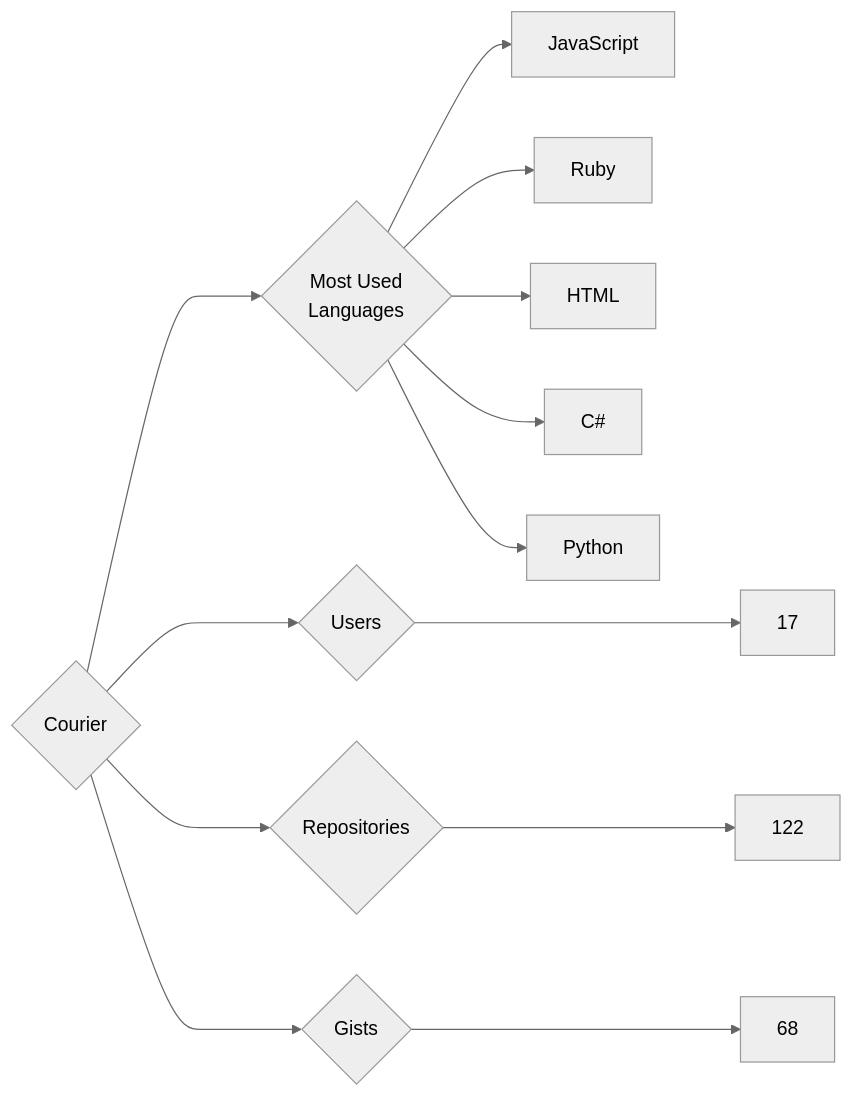
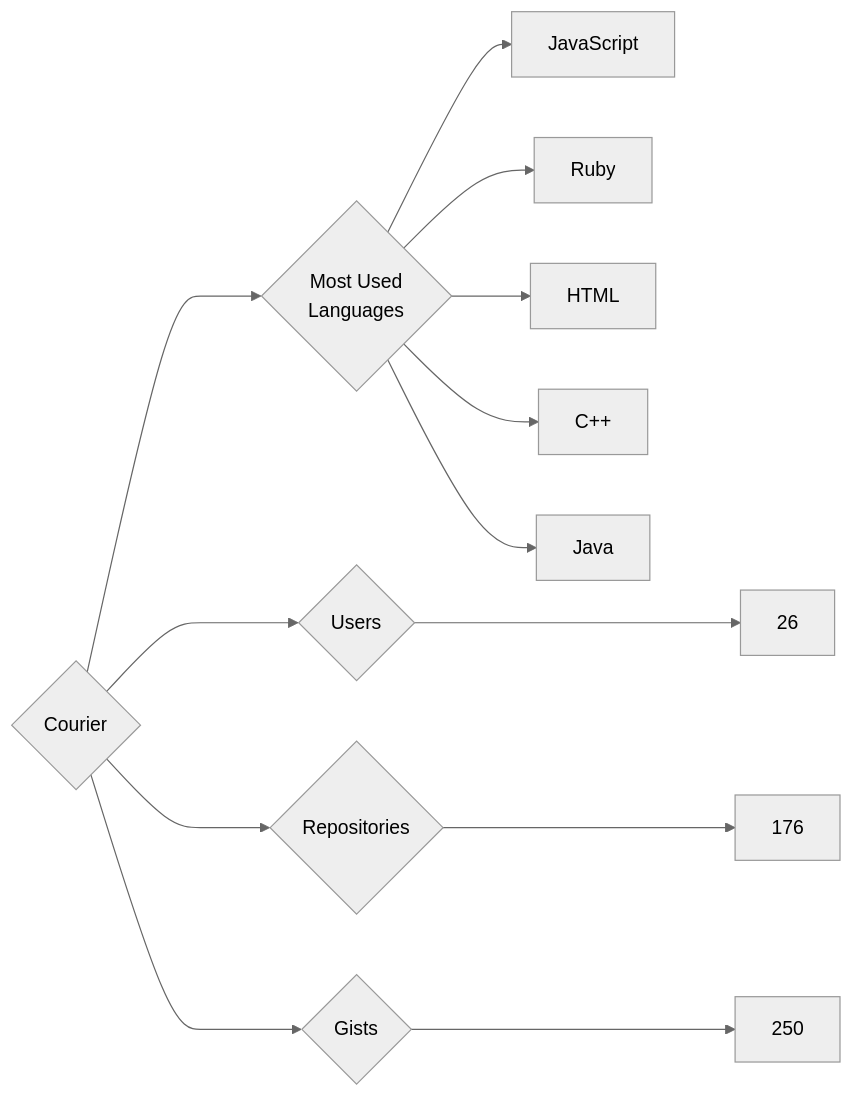
Before and after one commit to trickest/insiders: the diagram in targets/Courier/README.md, drawn with Mermaid (neutral theme). The commit also changed 934 other files, not shown here.

````diff
--- a/targets/Courier/README.md
+++ b/targets/Courier/README.md
@@ -3,13 +3,13 @@
 ```mermaid
 graph LR
 COMPANY_NAME{Courier}
-COMPANY_NAME ---> U{Users} ---> UN[17]
-COMPANY_NAME ---> R{Repositories} ---> RN[122]
-COMPANY_NAME ---> G{Gists} ---> GN[68]
+COMPANY_NAME ---> U{Users} ---> UN[26]
+COMPANY_NAME ---> R{Repositories} ---> RN[176]
+COMPANY_NAME ---> G{Gists} ---> GN[250]
 COMPANY_NAME ---> ML{Most Used<br>Languages}
 ML --> JavaScript[JavaScript]
 ML --> Ruby[Ruby]
 ML --> HTML[HTML]
-ML --> C#[C#]
-ML --> Python[Python]
+ML --> C++[C++]
+ML --> Java[Java]
 ```
````
